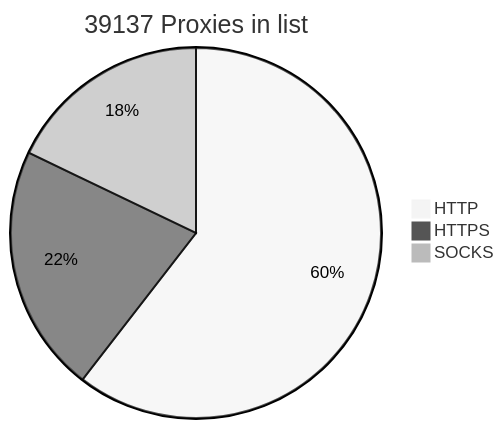
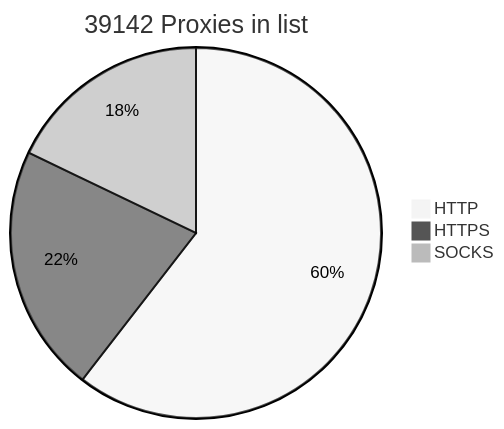
Before and after one commit to BlackSnowDot/proxylist-update-every-minute: the diagram in README.md, drawn with Mermaid (neutral theme).

````diff
--- a/README.md
+++ b/README.md
@@ -2,6 +2,6 @@
 ```mermaid
-pie title 39137 Proxies in list
-    "HTTP" : 27677
+pie title 39142 Proxies in list
+    "HTTP" : 27681
     "HTTPS": 9902
-    "SOCKS" : 8179
+    "SOCKS" : 8180
 ```
````
